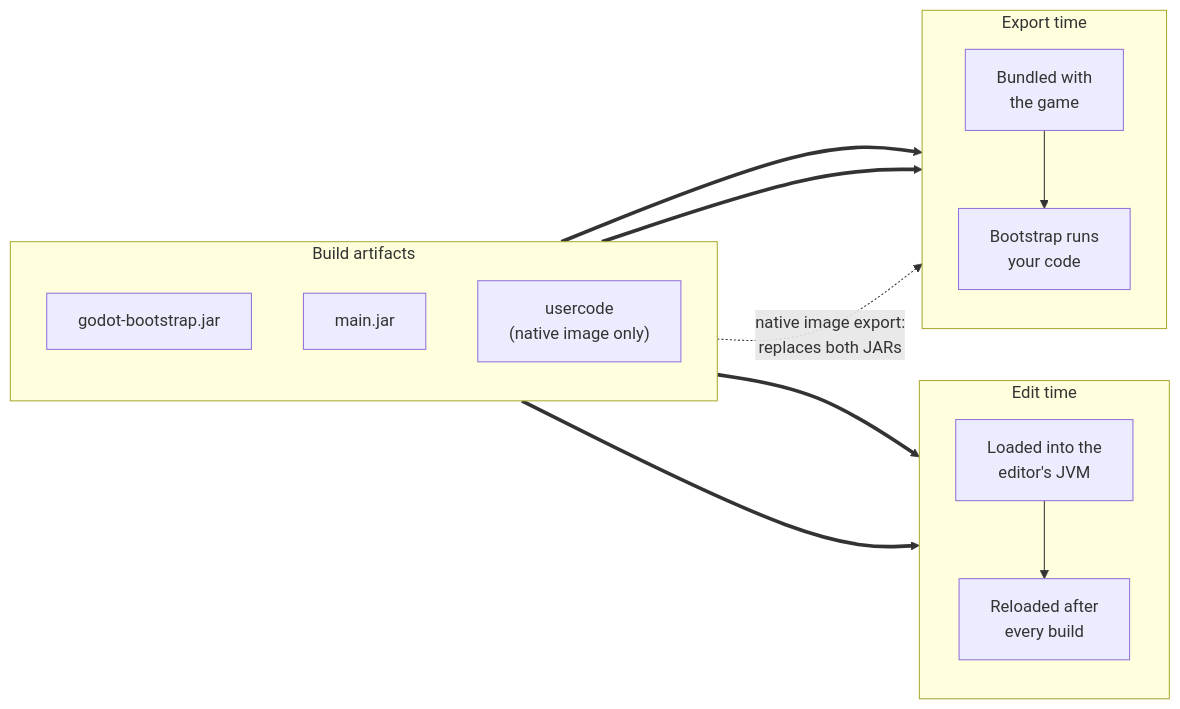
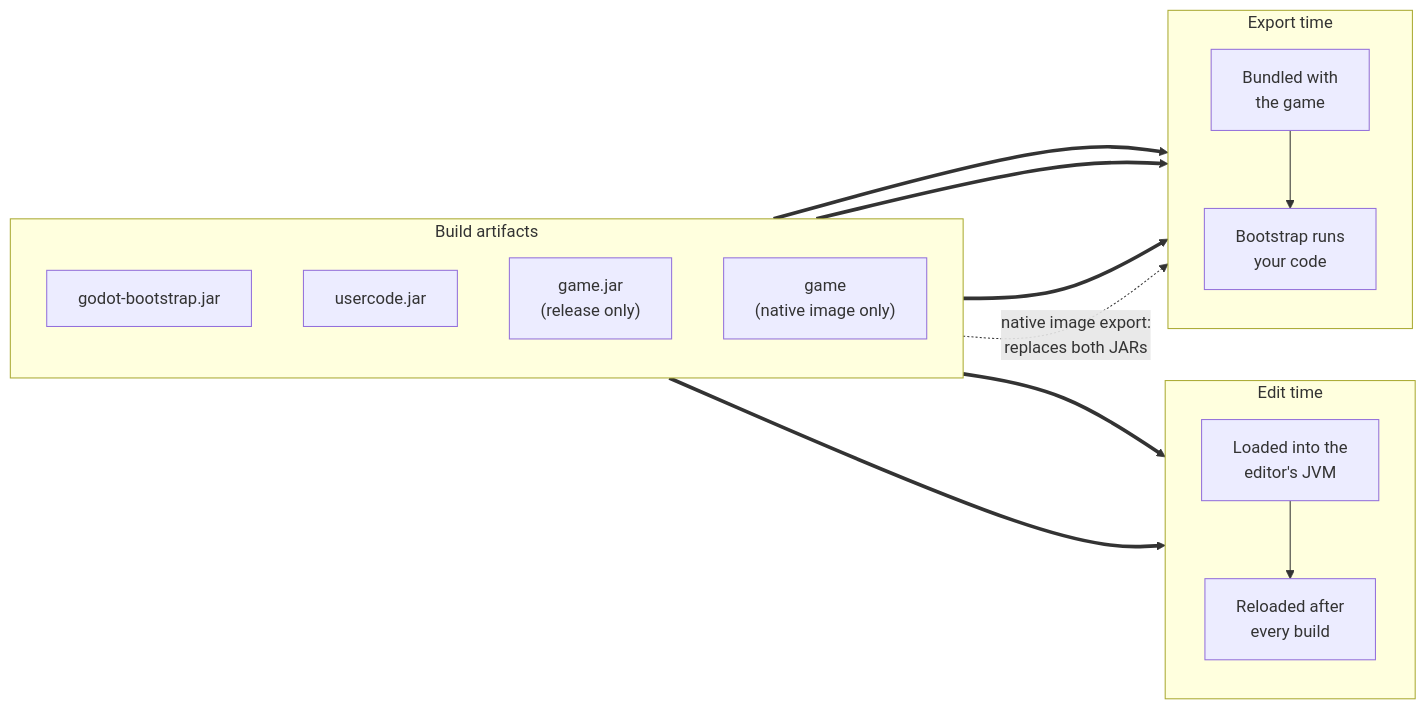
One commit to utopia-rise/godot-jvm changed the second of 2 diagrams in docs/src/doc/contribute/how-it-works/index.md. Above: the diagram before and after it, drawn with Mermaid. The commit also changed other lines of this file and 17 other files, not shown here.

Commit message:
Document the variant layout and the release jar

````diff
--- a/docs/src/doc/contribute/how-it-works/index.md
+++ b/docs/src/doc/contribute/how-it-works/index.md
@@ -44,29 +44,31 @@
 ```mermaid
 flowchart LR
     subgraph artifacts["Build artifacts"]
         direction TB
         boot["godot-bootstrap.jar"]
-        main["main.jar"]
-        user["usercode<br/>(native image only)"]
+        main["usercode.jar"]
+        release["game.jar<br/>(release only)"]
+        user["game<br/>(native image only)"]
     end
 
     subgraph edit["Edit time"]
         direction TB
         e1["Loaded into the<br/>editor's JVM"]
         e2["Reloaded after<br/>every build"]
         e1 --> e2
     end
 
     subgraph export["Export time"]
         direction TB
         g1["Bundled with<br/>the game"]
         g2["Bootstrap runs<br/>your code"]
         g1 --> g2
     end
 
     boot ==> e1
     main ==> e1
     boot ==> g1
     main ==> g1
+    release ==> g1
     user -. "native image export:<br/>replaces both JARs" .-> export
 ```
````
